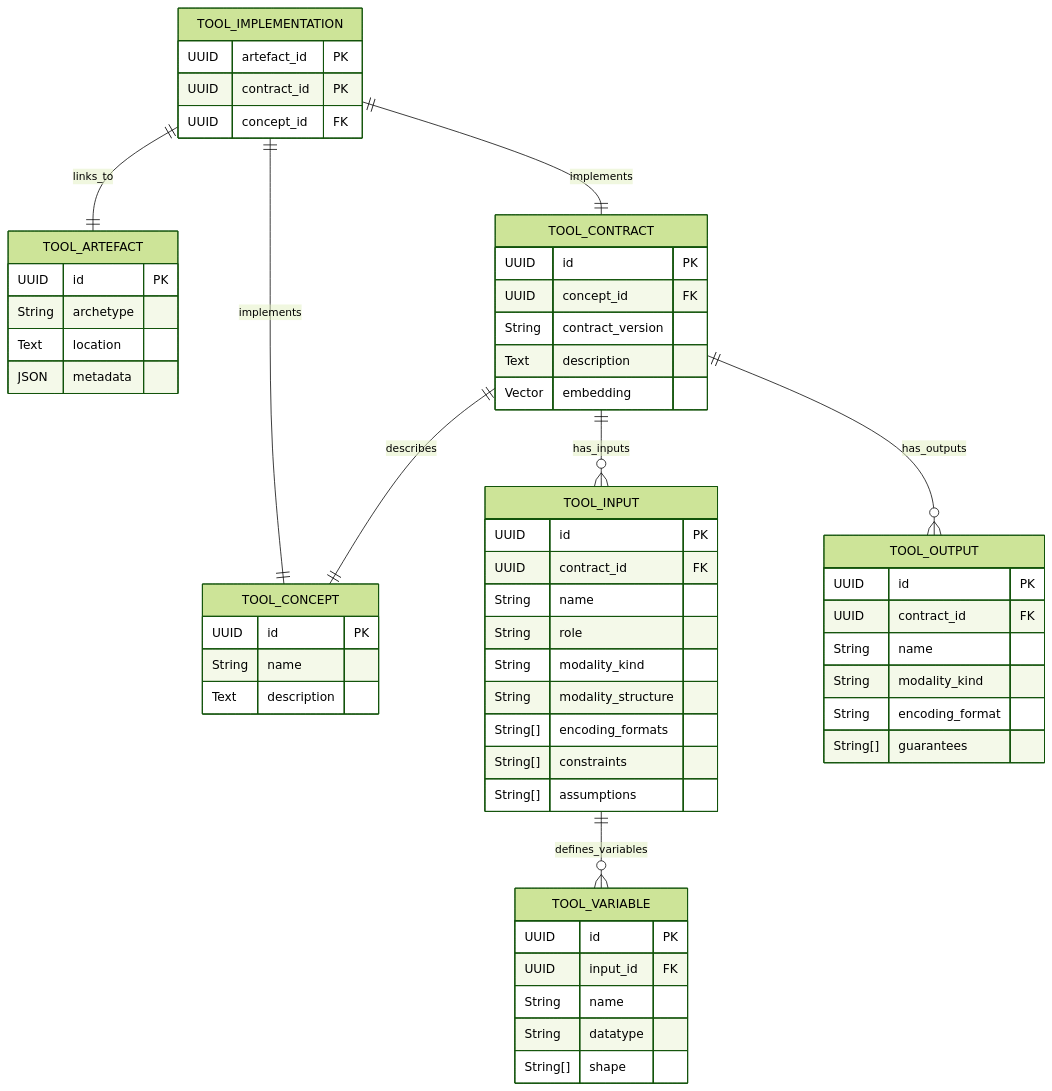
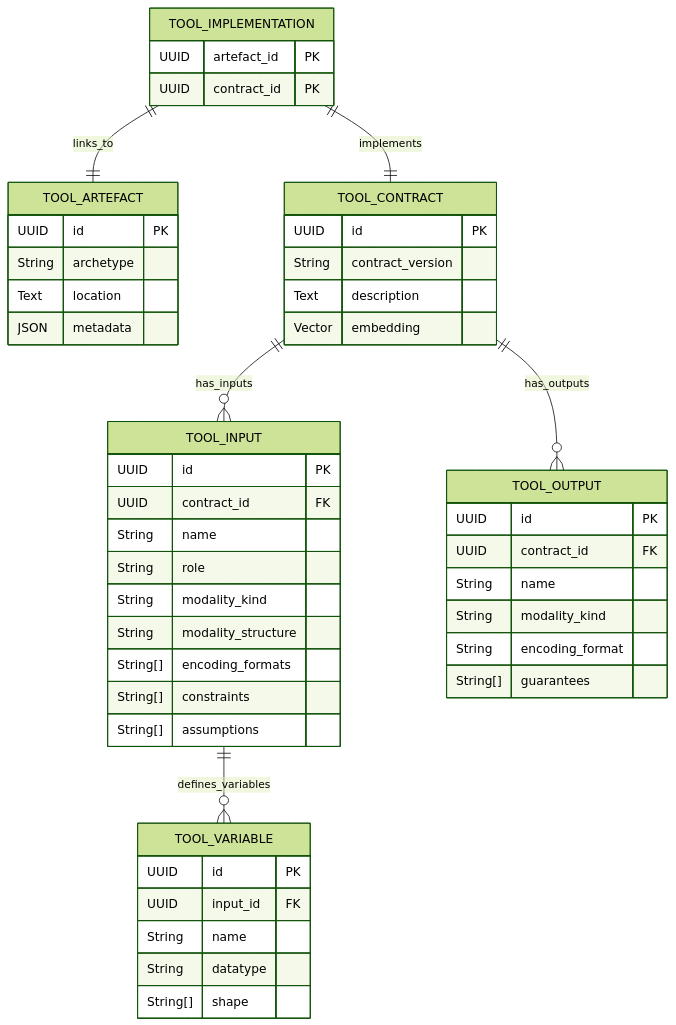
Before and after one commit to EOSC-Data-Commons/toolmeta-models: the diagram in README.md, drawn with Mermaid (forest theme). The commit also changed 4 other files, not shown here.

Commit message:
Removing concept table

````diff
--- a/README.md
+++ b/README.md
@@ -6,72 +6,61 @@
 ```mermaid
 erDiagram
     %% Root table
     TOOL_IMPLEMENTATION {
         UUID artefact_id PK
         UUID contract_id PK
-        UUID concept_id FK
     }
     
     %% Artefact table
    TOOL_ARTEFACT {
         UUID id PK
         String archetype
         Text location
         JSON metadata
     }
     
     %% Tool contract table
     TOOL_CONTRACT {
         UUID id PK
-        UUID concept_id FK
         String contract_version
         Text description
         Vector embedding
-    }
-    
-    %% Tool concept table
-    TOOL_CONCEPT {
-        UUID id PK
-        String name
-        Text description
     }
     
     %% Inputs and outputs
     TOOL_INPUT {
         UUID id PK
         UUID contract_id FK
         String name
         String role
         String modality_kind
         String modality_structure
         String[] encoding_formats
         String[] constraints
         String[] assumptions
     }
     
     TOOL_VARIABLE {
         UUID id PK
         UUID input_id FK
         String name
         String datatype
         String[] shape
     }
     
     TOOL_OUTPUT {
         UUID id PK
         UUID contract_id FK
         String name
         String modality_kind
         String encoding_format
         String[] guarantees
     }
     
     %% Relationships
     TOOL_IMPLEMENTATION ||--|| TOOL_ARTEFACT : links_to
     TOOL_IMPLEMENTATION ||--|| TOOL_CONTRACT : implements
-    TOOL_IMPLEMENTATION ||--|| TOOL_CONCEPT : implements
-    TOOL_CONTRACT ||--|| TOOL_CONCEPT : describes
     TOOL_CONTRACT ||--o{ TOOL_INPUT : has_inputs
     TOOL_CONTRACT ||--o{ TOOL_OUTPUT : has_outputs
     TOOL_INPUT ||--o{ TOOL_VARIABLE : defines_variables
 ```
````
